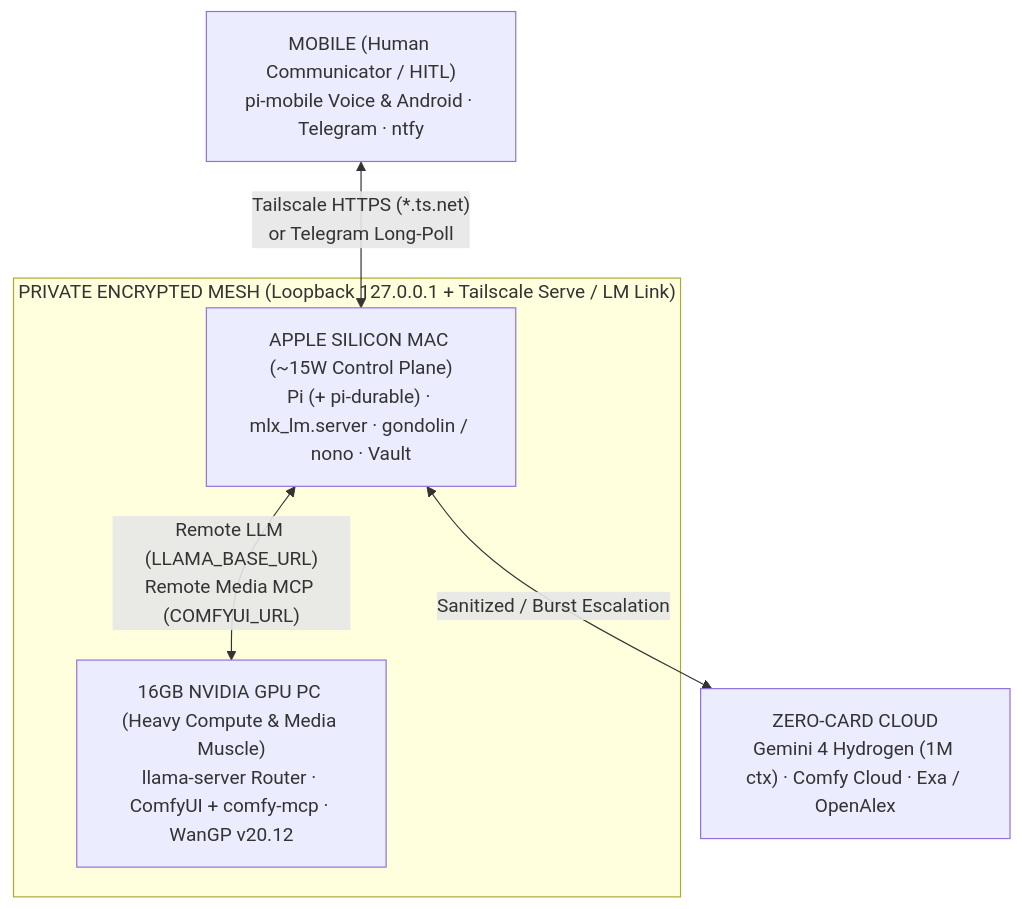
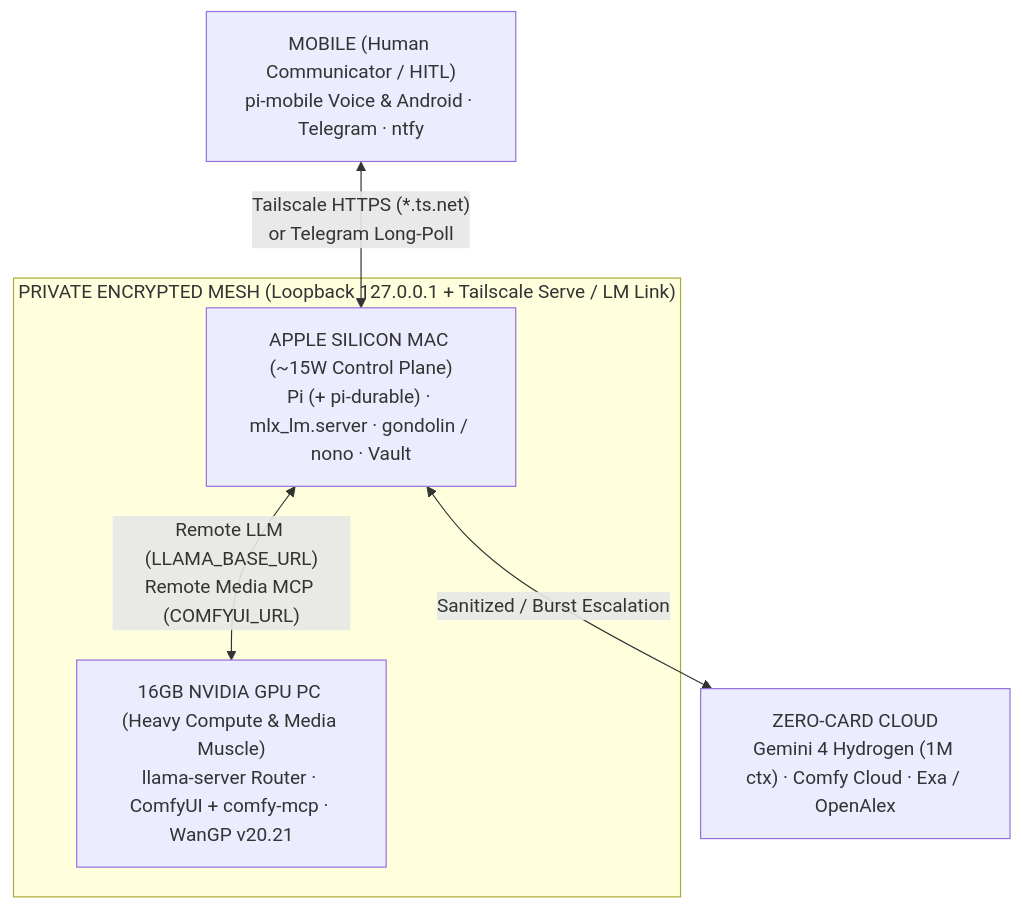
One commit to initalok/ai-swissknife changed the diagram in worlds/personal-ai-fabric.md. Above: the diagram before and after it, drawn with Mermaid. The commit also changed other lines of this file and 33 other files, not shown here.

````diff
--- a/worlds/personal-ai-fabric.md
+++ b/worlds/personal-ai-fabric.md
@@ -18,14 +18,14 @@
 ```mermaid
 flowchart TB
     PHONE["MOBILE (Human Communicator / HITL)<br/>pi-mobile Voice & Android · Telegram · ntfy"]
     CLOUD["ZERO-CARD CLOUD<br/>Gemini 4 Hydrogen (1M ctx) · Comfy Cloud · Exa / OpenAlex"]
 
     subgraph MESH ["PRIVATE ENCRYPTED MESH (Loopback 127.0.0.1 + Tailscale Serve / LM Link)"]
         MAC["APPLE SILICON MAC (~15W Control Plane)<br/>Pi (+ pi-durable) · mlx_lm.server · gondolin / nono · Vault"]
-        GPU["16GB NVIDIA GPU PC (Heavy Compute & Media Muscle)<br/>llama-server Router · ComfyUI + comfy-mcp · WanGP v20.12"]
+        GPU["16GB NVIDIA GPU PC (Heavy Compute & Media Muscle)<br/>llama-server Router · ComfyUI + comfy-mcp · WanGP v20.21"]
         MAC <-->|"Remote LLM (LLAMA_BASE_URL)<br/>Remote Media MCP (COMFYUI_URL)"| GPU
     end
 
     PHONE <-->|"Tailscale HTTPS (*.ts.net)<br/>or Telegram Long-Poll"| MAC
     MAC <-->|"Sanitized / Burst Escalation"| CLOUD
 ```
````
